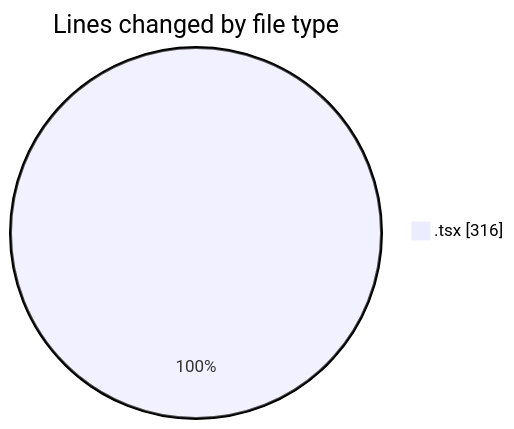
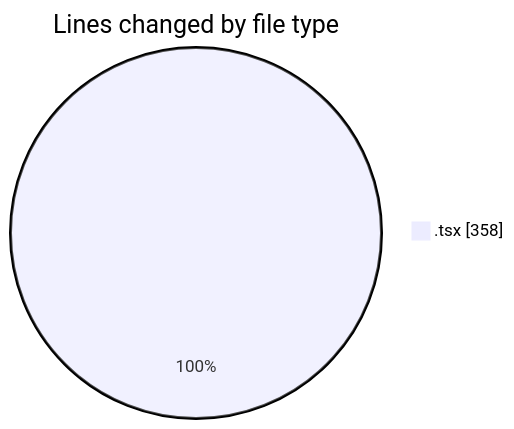
The first of 2 diagrams in 2025-08-20/napxuvn/README.md (lephambinh05/code-tracking), drawn with Mermaid before and after one commit. The commit also changed other lines of this file and 1 other file, not shown here.

````diff
--- a/2025-08-20/napxuvn/README.md
+++ b/2025-08-20/napxuvn/README.md
@@ -28,5 +29,5 @@
 ```mermaid
 pie showData
 title Lines changed by file type
-".tsx" : 316
+".tsx" : 358
 ```
````
